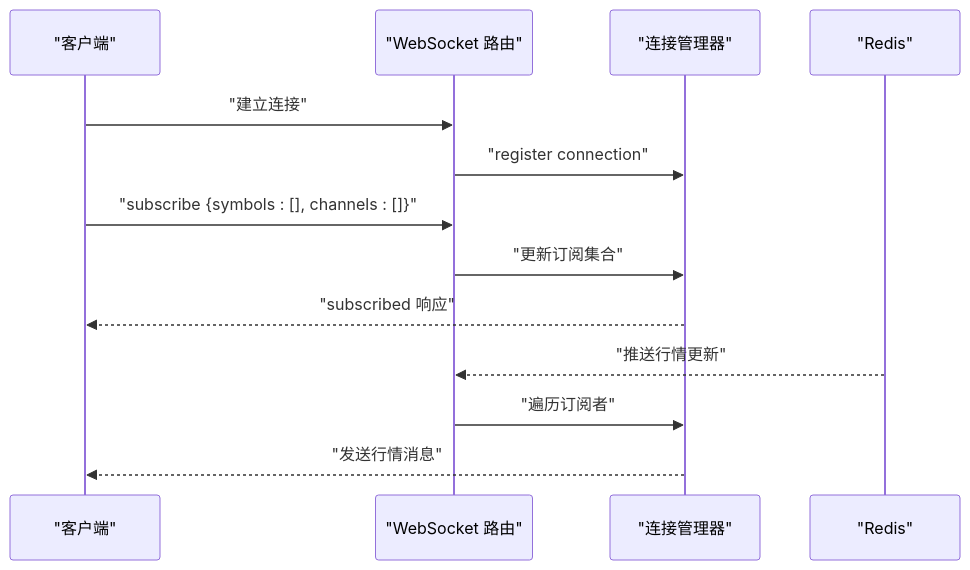
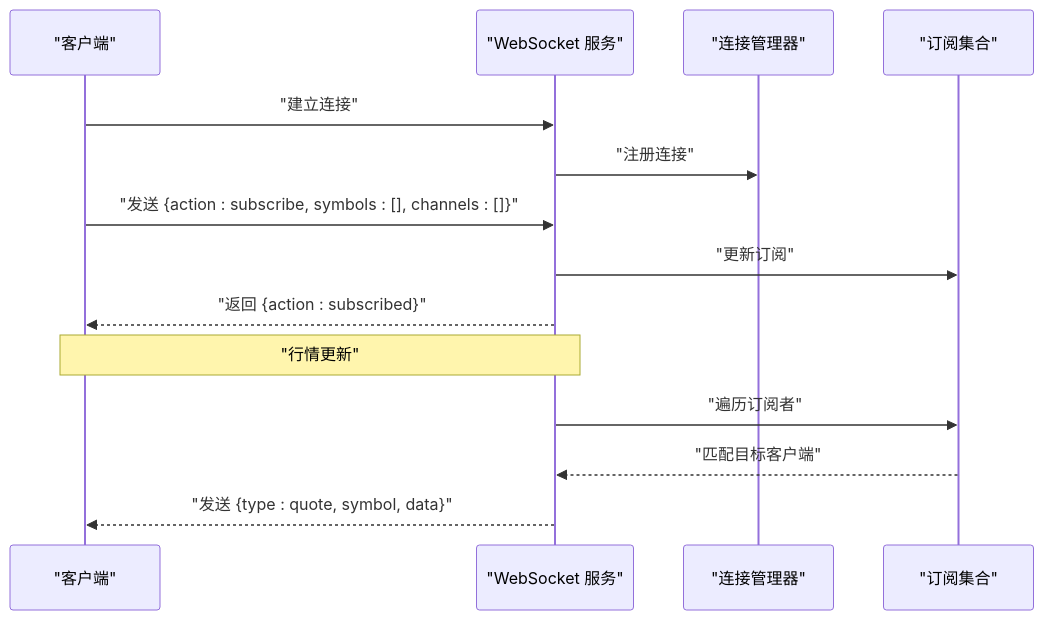
The fourth of 6 diagrams in .qoder/repowiki/zh/content/项目概述.md (We3le7/stock-view), drawn with Mermaid before and after one commit. The commit also changed other lines of this file and 142 other files, not shown here.

````diff
--- a/.qoder/repowiki/zh/content/项目概述.md
+++ b/.qoder/repowiki/zh/content/项目概述.md
@@ -234,15 +265,16 @@
 ```mermaid
 sequenceDiagram
 participant Client as "客户端"
-participant WS as "WebSocket 路由"
+participant WS as "WebSocket 服务"
 participant Manager as "连接管理器"
-participant Redis as "Redis"
+participant Subs as "订阅集合"
 Client->>WS : "建立连接"
-WS->>Manager : "register connection"
-Client->>WS : "subscribe {symbols : [], channels : []}"
-WS->>Manager : "更新订阅集合"
-Manager-->>Client : "subscribed 响应"
-Redis-->>WS : "推送行情更新"
-WS->>Manager : "遍历订阅者"
-Manager-->>Client : "发送行情消息"
+WS->>Manager : "注册连接"
+Client->>WS : "发送 {action : subscribe, symbols : [], channels : []}"
+WS->>Subs : "更新订阅"
+WS-->>Client : "返回 {action : subscribed}"
+Note over Client,WS : "行情更新"
+WS->>Subs : "遍历订阅者"
+Subs-->>WS : "匹配目标客户端"
+WS-->>Client : "发送 {type : quote, symbol, data}"
 ```
````
